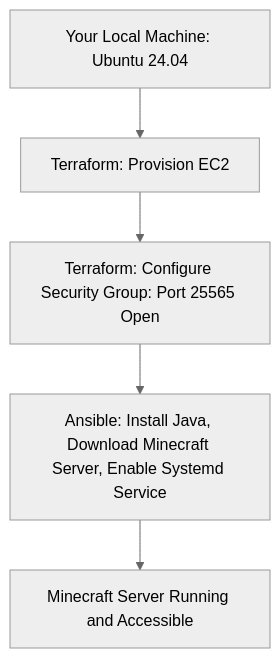
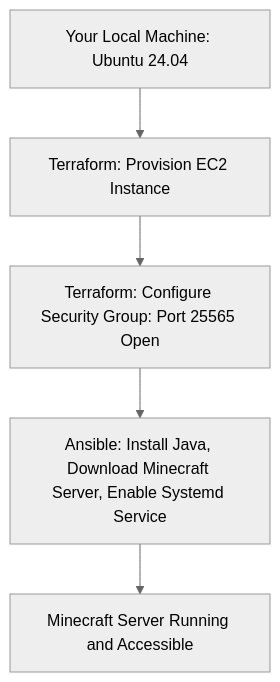
Before and after one commit to Kylagf2011/CS312-Course-Project: the diagram in README.md, drawn with Mermaid (neutral theme).

Commit message:
Version 1.11.4 - Pipeline Diagram Altered

````diff
--- a/README.md
+++ b/README.md
@@ -200,7 +200,7 @@
 ```mermaid
 graph TD
-    A[Your Local Machine: Ubuntu 24.04] --> B[Terraform: Provision EC2]
+    A[Your Local Machine: Ubuntu 24.04] --> B[Terraform: Provision EC2 Instance]
     B --> C[Terraform: Configure Security Group: Port 25565 Open]
     C --> D[Ansible: Install Java, Download Minecraft Server, Enable Systemd Service]
     D --> E[Minecraft Server Running and Accessible]
 ```
````
